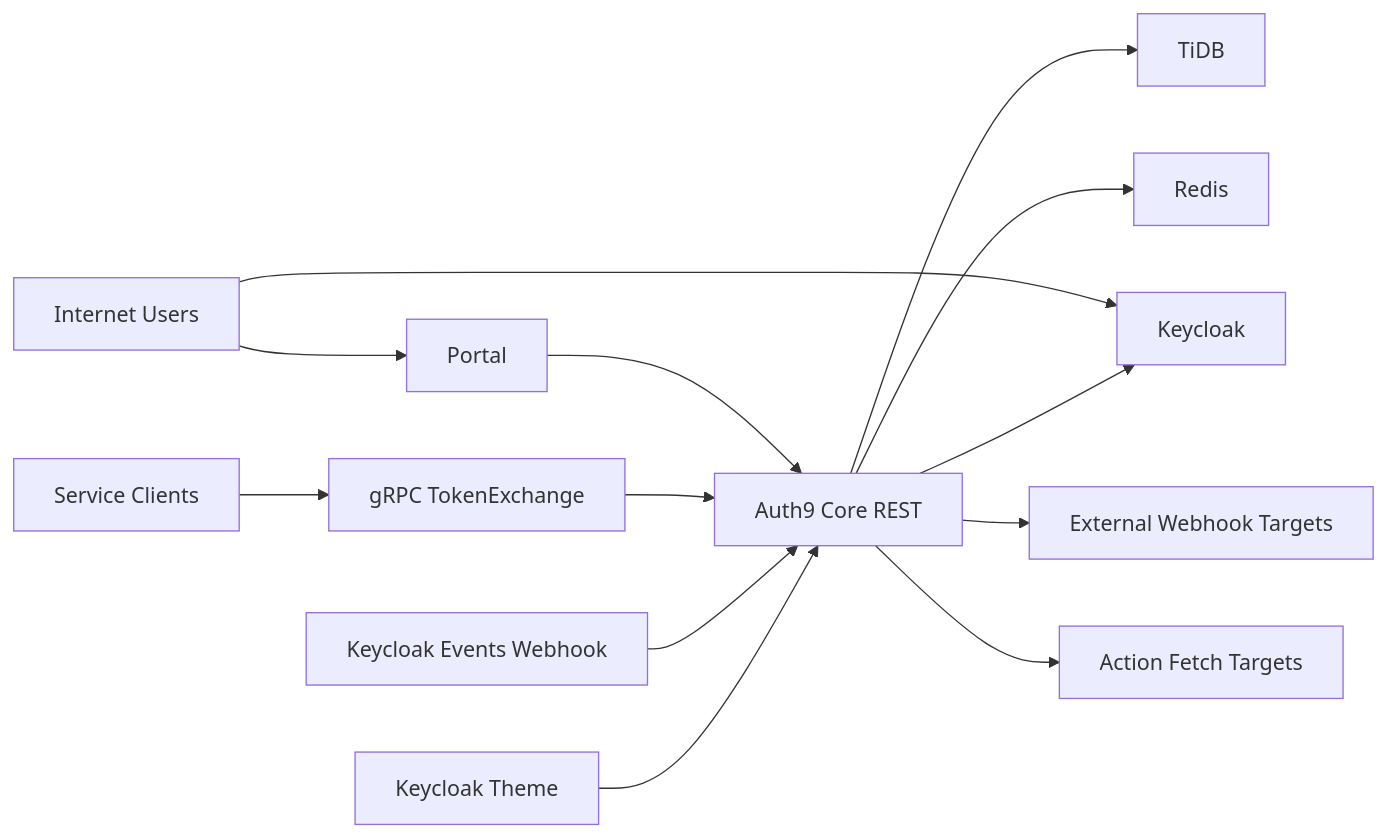
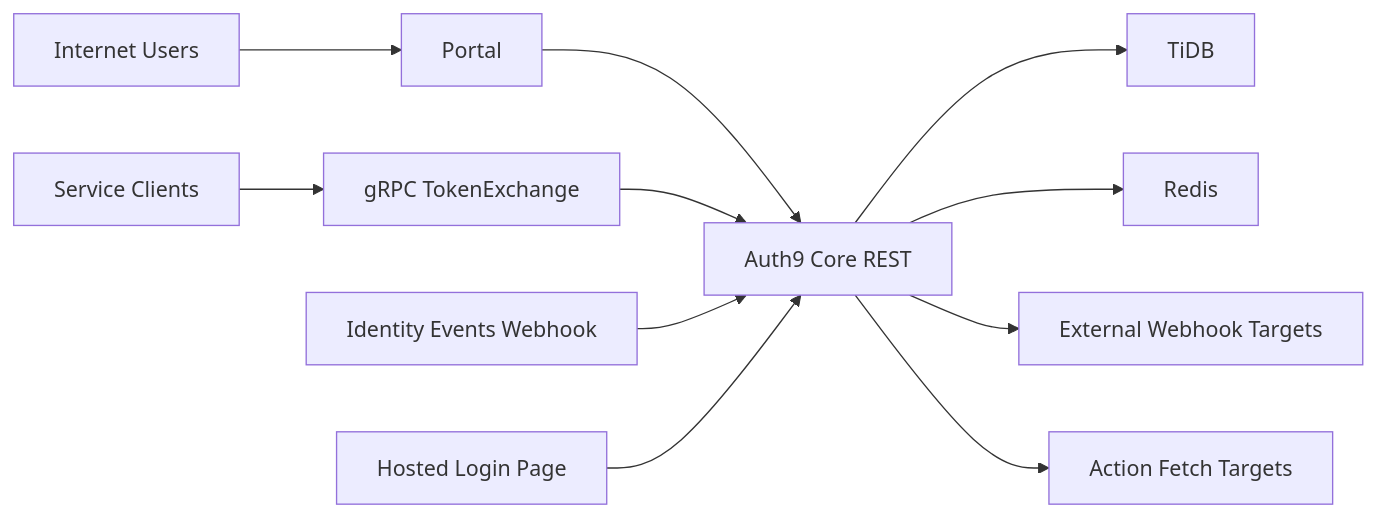
The diagram in auth9-threat-model.md (gpgkd906/auth9), drawn with Mermaid before and after one commit. The commit also changed other lines of this file and 473 other files, not shown here.

````diff
--- a/auth9-threat-model.md
+++ b/auth9-threat-model.md
@@ -64,15 +58,13 @@
 ```mermaid
 flowchart LR
   U[Internet Users] --> P[Portal]
-  U --> K[Keycloak]
   P --> C[Auth9 Core REST]
   S[Service Clients] --> G[gRPC TokenExchange]
   G --> C
   C --> D[TiDB]
   C --> R[Redis]
-  C --> K
-  E[Keycloak Events Webhook] --> C
+  E[Identity Events Webhook] --> C
   C --> X[External Webhook Targets]
   C --> A[Action Fetch Targets]
-  T[Keycloak Theme] --> C
+  HL[Hosted Login Page] --> C
 ```
````
